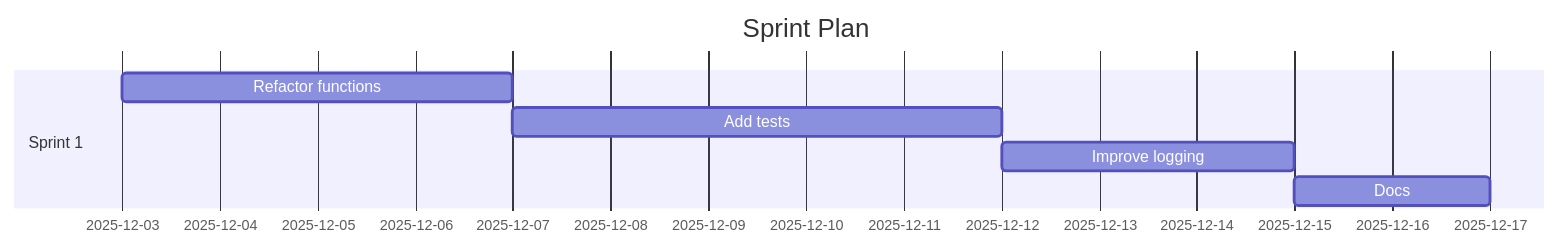
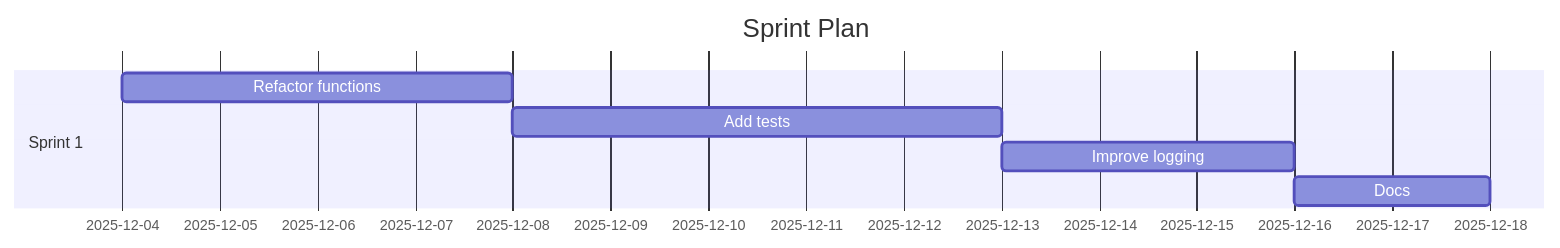
The diagram in demos/demo-code-analysis.sprint.md (Anselmoo/mcp-ai-agent-guidelines), drawn with Mermaid before and after one commit. The commit also changed other lines of this file and 50 other files, not shown here.

````diff
--- a/demos/demo-code-analysis.sprint.md
+++ b/demos/demo-code-analysis.sprint.md
@@ -59,11 +59,11 @@
 ```mermaid
 gantt
 	dateFormat  YYYY-MM-DD
 	title Sprint Plan
 %% Accessibility: Title=Project Sprint Plan; Description=Gantt chart of sprints and tasks over time. %%
   section Sprint 1
-  Refactor functions :s1t0, 2025-12-03, 4d
-  Add tests :s1t1, 2025-12-07, 5d
-  Improve logging :s1t2, 2025-12-12, 3d
-  Docs :s1t3, 2025-12-15, 2d
+  Refactor functions :s1t0, 2025-12-04, 4d
+  Add tests :s1t1, 2025-12-08, 5d
+  Improve logging :s1t2, 2025-12-13, 3d
+  Docs :s1t3, 2025-12-16, 2d
 ```
````
